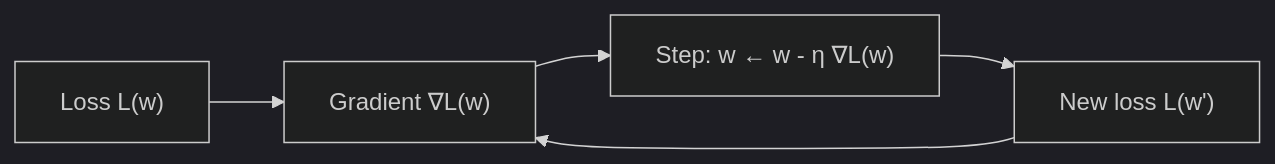
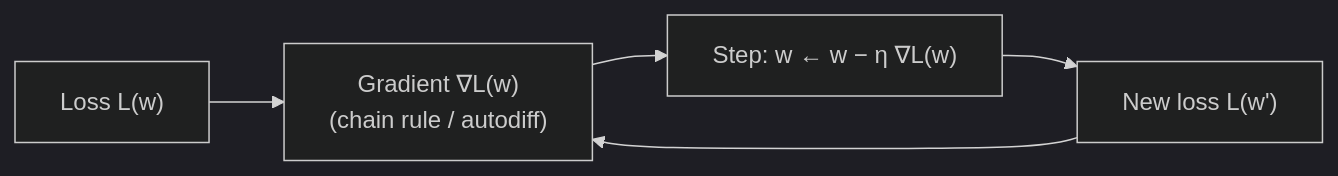
The first of 3 diagrams in roadmap/phase-0-prerequisites/03-calculus.md (ABHIRAM3007/itp), drawn with Mermaid (dark theme) before and after one commit. The commit also changed other lines of this file and 23 other files, not shown here.

````diff
--- a/roadmap/phase-0-prerequisites/03-calculus.md
+++ b/roadmap/phase-0-prerequisites/03-calculus.md
@@ -152,7 +168,7 @@
 ```mermaid
 flowchart LR
-    L["Loss L(w)"] --> G["Gradient ∇L(w)"]
-    G --> S["Step: w ← w - η ∇L(w)"]
+    L["Loss L(w)"] --> G["Gradient ∇L(w)<br/>(chain rule / autodiff)"]
+    G --> S["Step: w ← w − η ∇L(w)"]
     S --> L2["New loss L(w')"]
     L2 --> G
 ```
````
